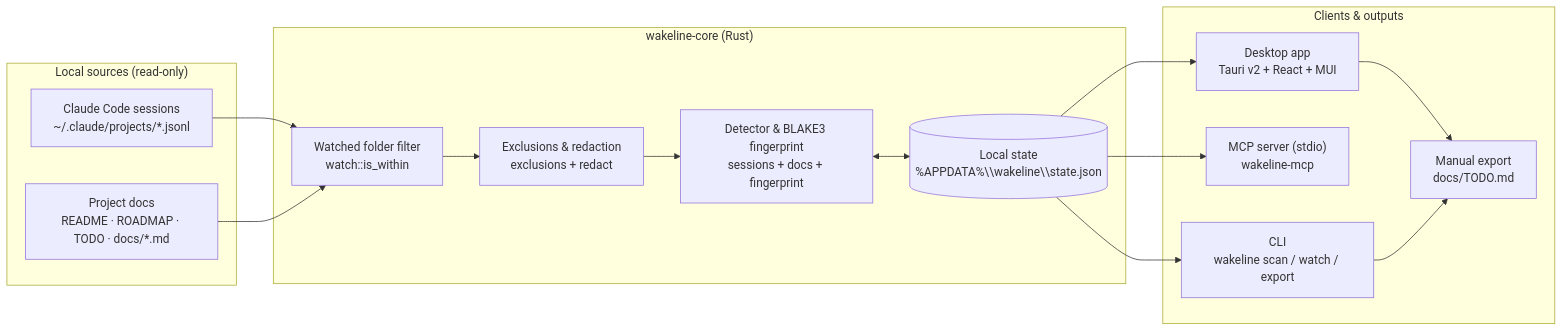
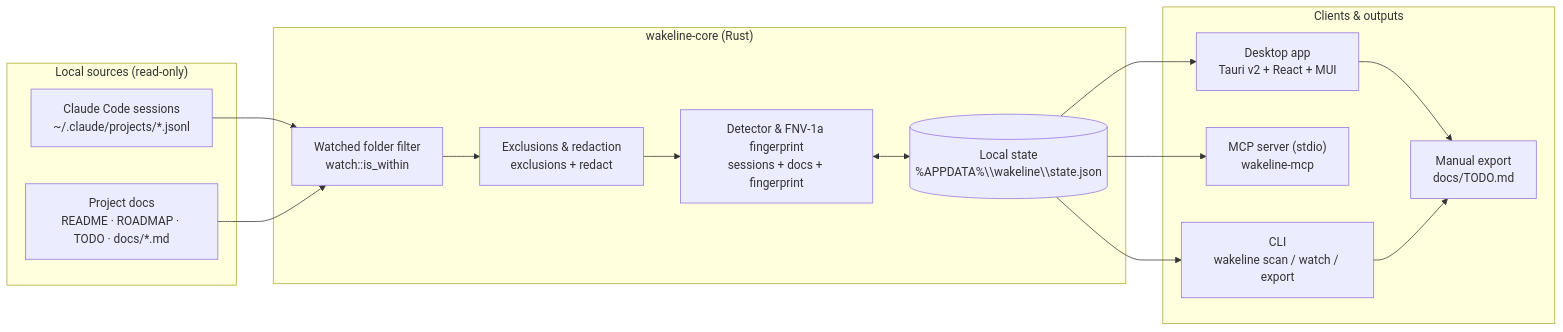
Before and after one commit to hopsiedev/wakeline: the first of 2 diagrams in README.md, drawn with Mermaid. The commit also changed other lines of this file and 28 other files, not shown here.

````diff
--- a/README.md
+++ b/README.md
@@ -76,32 +84,32 @@
 ```mermaid
 flowchart LR
   subgraph Sources["Local sources (read-only)"]
     S["Claude Code sessions<br/>~/.claude/projects/*.jsonl"]
     D["Project docs<br/>README · ROADMAP · TODO · docs/*.md"]
   end
 
   subgraph Core["wakeline-core (Rust)"]
     W["Watched folder filter<br/>watch::is_within"]
     X["Exclusions & redaction<br/>exclusions + redact"]
-    P["Detector & BLAKE3 fingerprint<br/>sessions + docs + fingerprint"]
+    P["Detector & FNV-1a fingerprint<br/>sessions + docs + fingerprint"]
     ST[("Local state<br/>%APPDATA%\\wakeline\\state.json")]
   end
 
   subgraph Clients["Clients & outputs"]
     UI["Desktop app<br/>Tauri v2 + React + MUI"]
     MCP["MCP server (stdio)<br/>wakeline-mcp"]
     CLI["CLI<br/>wakeline scan / watch / export"]
     TODO["Manual export<br/>docs/TODO.md"]
   end
 
   S --> W
   D --> W
   W --> X
   X --> P
   P <--> ST
   ST --> UI
   ST --> MCP
   ST --> CLI
   UI --> TODO
   CLI --> TODO
 ```
````
